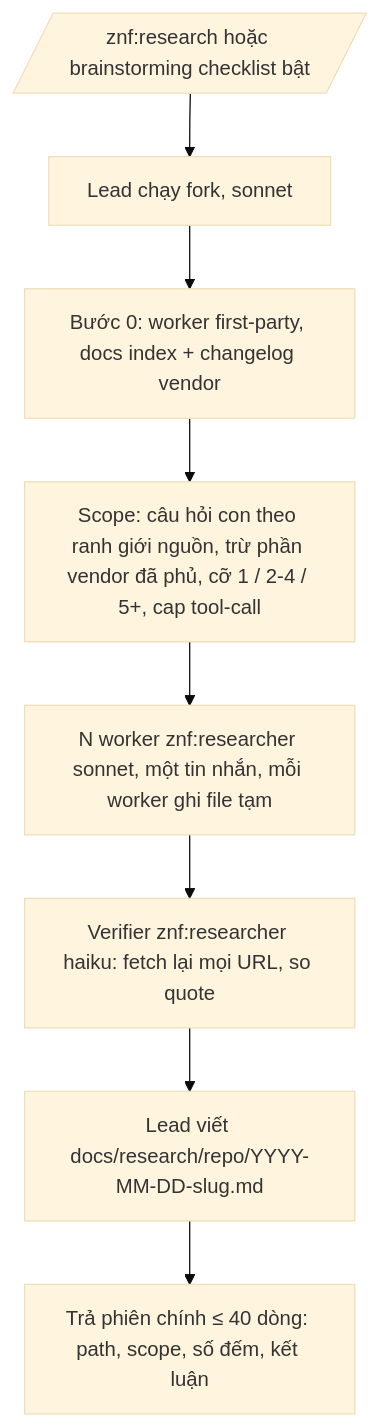
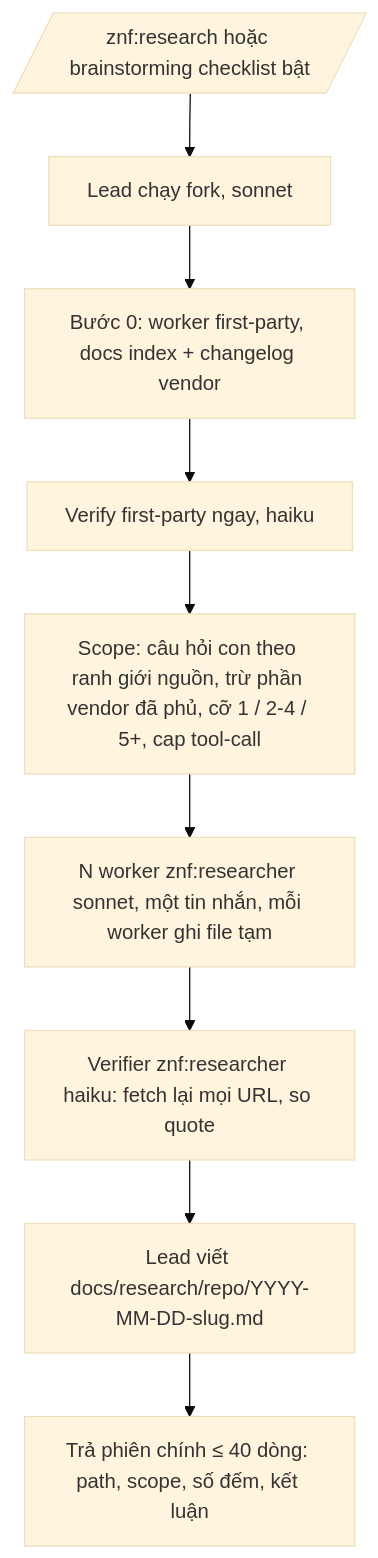
The diagram in website/concepts/research.md (ZenifyAIContactCenter/zenify-kit), drawn with Mermaid (base theme) before and after one commit. The commit also changed other lines of this file and 6 other files, not shown here.

First line of the commit message:
fix(research): verify first-party coverage before narrowing scope

````diff
--- a/website/concepts/research.md
+++ b/website/concepts/research.md
@@ -36,10 +36,11 @@
 ```mermaid
 flowchart TD
     A[/znf:research hoặc brainstorming checklist bật/] --> B[Lead chạy fork, sonnet]
     B --> B0[Bước 0: worker first-party, docs index + changelog vendor]
-    B0 --> C[Scope: câu hỏi con theo ranh giới nguồn, trừ phần vendor đã phủ, cỡ 1 / 2-4 / 5+, cap tool-call]
+    B0 --> B1[Verify first-party ngay, haiku]
+    B1 --> C[Scope: câu hỏi con theo ranh giới nguồn, trừ phần vendor đã phủ, cỡ 1 / 2-4 / 5+, cap tool-call]
     C --> D[N worker znf:researcher sonnet, một tin nhắn, mỗi worker ghi file tạm]
     D --> E[Verifier znf:researcher haiku: fetch lại mọi URL, so quote]
     E --> F[Lead viết docs/research/repo/YYYY-MM-DD-slug.md]
     F --> G[Trả phiên chính ≤ 40 dòng: path, scope, số đếm, kết luận]
 ```
````
